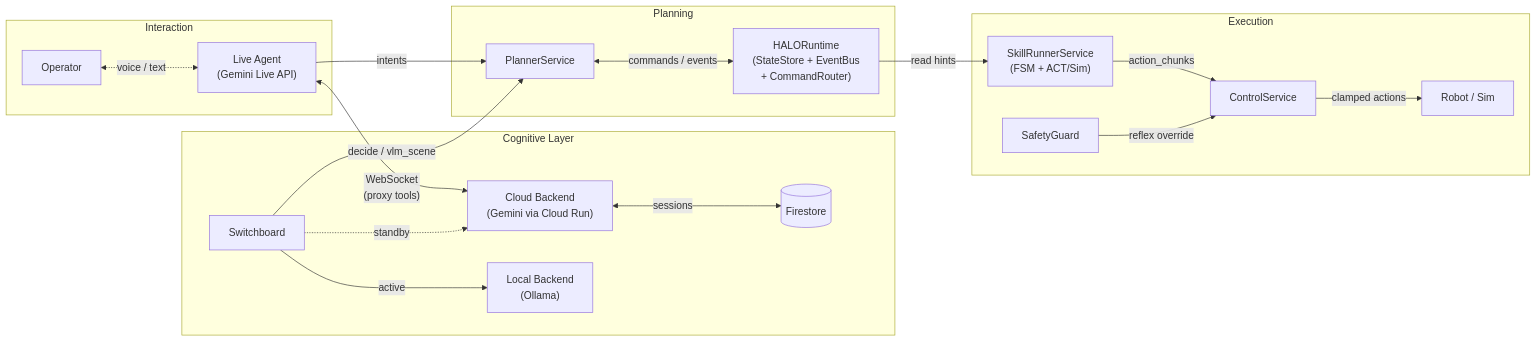
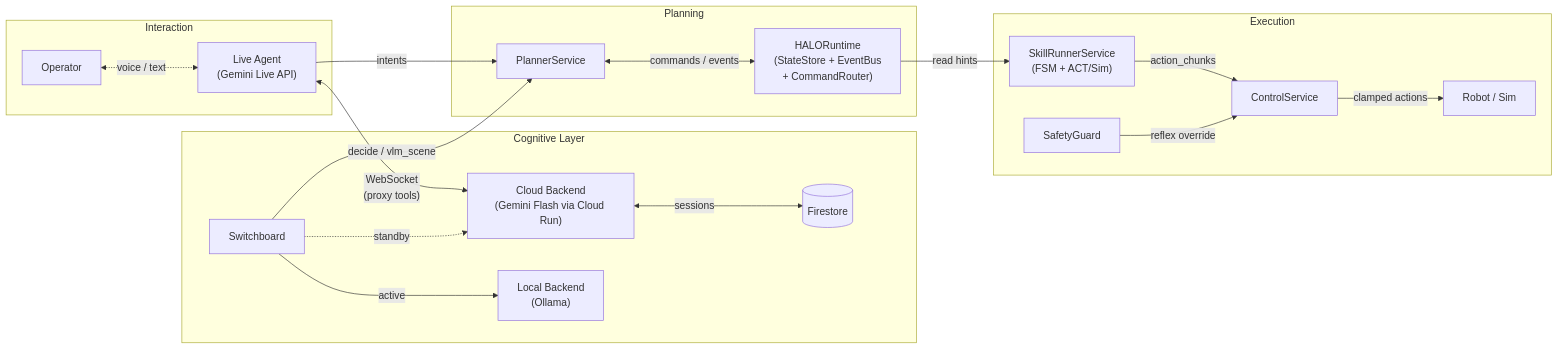
Before and after one commit to andrei-ace/HALO: the diagram in README.md, drawn with Mermaid. The commit also changed other lines of this file and 2 other files, not shown here.

````diff
--- a/README.md
+++ b/README.md
@@ -25,26 +26,26 @@
 ```mermaid
 graph LR
     subgraph Interaction
         Op["Operator"] <-.->|voice / text| LA["Live Agent<br/>(Gemini Live API)"]
     end
 
     subgraph Cognitive["Cognitive Layer"]
-        LA <-->|"WebSocket<br/>(proxy tools)"| CLOUD["Cloud Backend<br/>(Gemini via Cloud Run)"]
+        LA <-->|"WebSocket<br/>(proxy tools)"| CLOUD["Cloud Backend<br/>(Gemini Flash via Cloud Run)"]
         CLOUD <-->|sessions| FS[("Firestore")]
         SB["Switchboard"] -->|active| LOCAL["Local Backend<br/>(Ollama)"]
         SB -.->|standby| CLOUD
     end
 
     subgraph Planning
         SB -->|"decide / vlm_scene"| PS["PlannerService"]
         LA -->|intents| PS
         PS <-->|commands / events| RT["HALORuntime<br/>(StateStore + EventBus<br/>+ CommandRouter)"]
     end
 
     subgraph Execution
         RT -->|read hints| SRS["SkillRunnerService<br/>(FSM + ACT/Sim)"]
         SRS -->|action_chunks| CS["ControlService"]
         SG["SafetyGuard"] -->|reflex override| CS
         CS -->|clamped actions| Robot["Robot / Sim"]
     end
 ```
````
